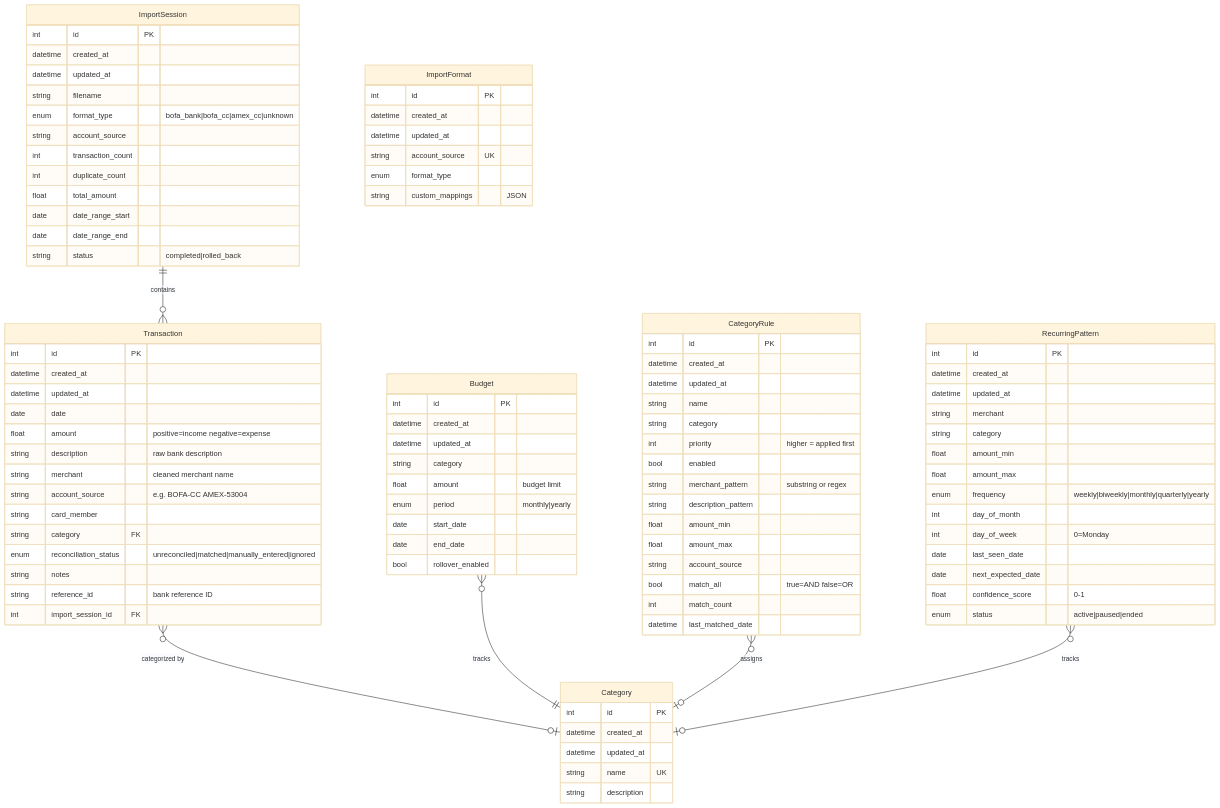
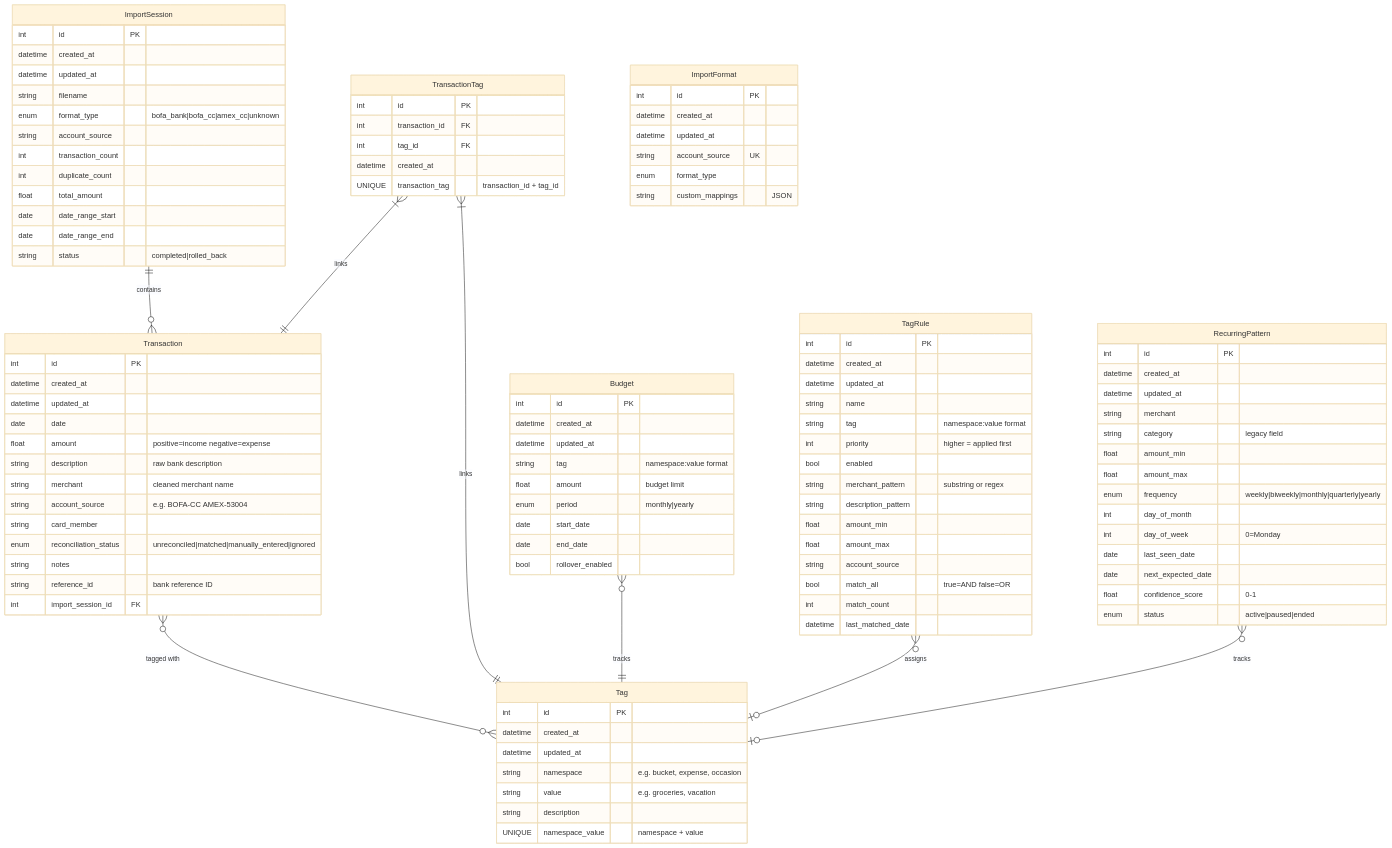
Before and after one commit to poindexter12/maxwells-wallet: the diagram in docs/DATA_MODEL.md, drawn with Mermaid (base theme). The commit also changed other lines of this file and 29 other files, not shown here.

````diff
--- a/docs/DATA_MODEL.md
+++ b/docs/DATA_MODEL.md
@@ -5,10 +5,12 @@
 ```mermaid
 erDiagram
     ImportSession ||--o{ Transaction : contains
-    Transaction }o--o| Category : "categorized by"
-    Budget }o--|| Category : "tracks"
-    CategoryRule }o--o| Category : "assigns"
-    RecurringPattern }o--o| Category : "tracks"
+    Transaction }o--o{ Tag : "tagged with"
+    TransactionTag }|--|| Transaction : links
+    TransactionTag }|--|| Tag : links
+    Budget }o--|| Tag : "tracks"
+    TagRule }o--o| Tag : "assigns"
+    RecurringPattern }o--o| Tag : "tracks"
 
     ImportSession {
         int id PK
@@ -35,26 +37,35 @@
         string merchant "cleaned merchant name"
         string account_source "e.g. BOFA-CC AMEX-53004"
         string card_member
-        string category FK
         enum reconciliation_status "unreconciled|matched|manually_entered|ignored"
         string notes
         string reference_id "bank reference ID"
         int import_session_id FK
     }
 
-    Category {
+    Tag {
         int id PK
         datetime created_at
         datetime updated_at
-        string name UK
+        string namespace "e.g. bucket, expense, occasion"
+        string value "e.g. groceries, vacation"
         string description
+        UNIQUE namespace_value "namespace + value"
+    }
+
+    TransactionTag {
+        int id PK
+        int transaction_id FK
+        int tag_id FK
+        datetime created_at
+        UNIQUE transaction_tag "transaction_id + tag_id"
     }
 
     Budget {
         int id PK
         datetime created_at
         datetime updated_at
-        string category
+        string tag "namespace:value format"
         float amount "budget limit"
         enum period "monthly|yearly"
         date start_date
@@ -62,12 +73,12 @@
         bool rollover_enabled
     }
 
-    CategoryRule {
+    TagRule {
         int id PK
         datetime created_at
         datetime updated_at
         string name
-        string category
+        string tag "namespace:value format"
         int priority "higher = applied first"
         bool enabled
         string merchant_pattern "substring or regex"
@@ -85,7 +96,7 @@
         datetime created_at
         datetime updated_at
         string merchant
-        string category
+        string category "legacy field"
         float amount_min
         float amount_max
         enum frequency "weekly|biweekly|monthly|quarterly|yearly"
````
